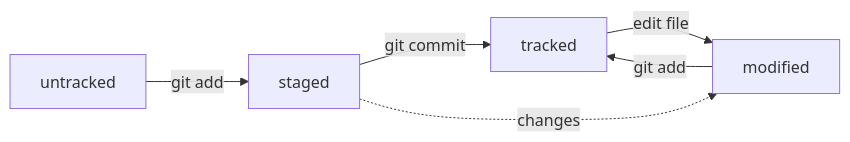
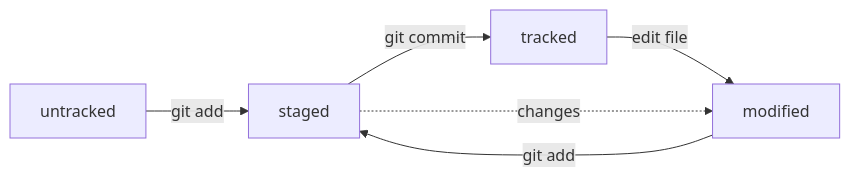
One commit to drkizel/git changed the diagram in README.md. Above: the diagram before and after it, drawn with Mermaid.

Commit message:
Исправил mermaid диаграмму для git status поле modified

````diff
--- a/README.md
+++ b/README.md
@@ -44,8 +44,8 @@
 ```mermaid
 graph LR
     untracked -- "git add" --> staged
     staged -- "git commit" --> tracked
     tracked -- "edit file" --> modified
-    modified -- "git add" --> tracked
+    modified -- "git add" --> staged
     staged -. "changes" .-> modified
 ```
````
